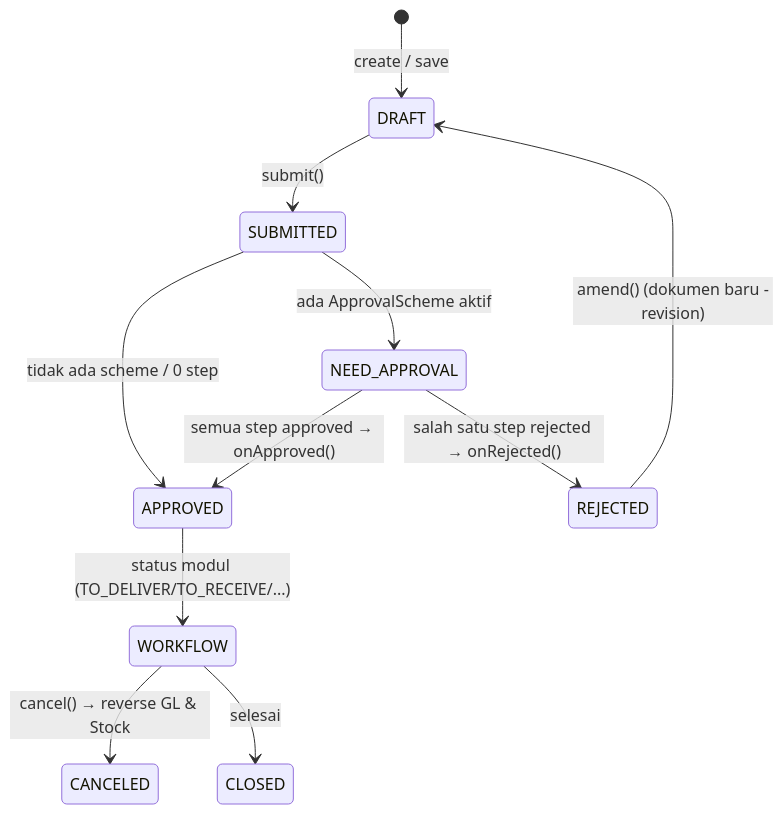
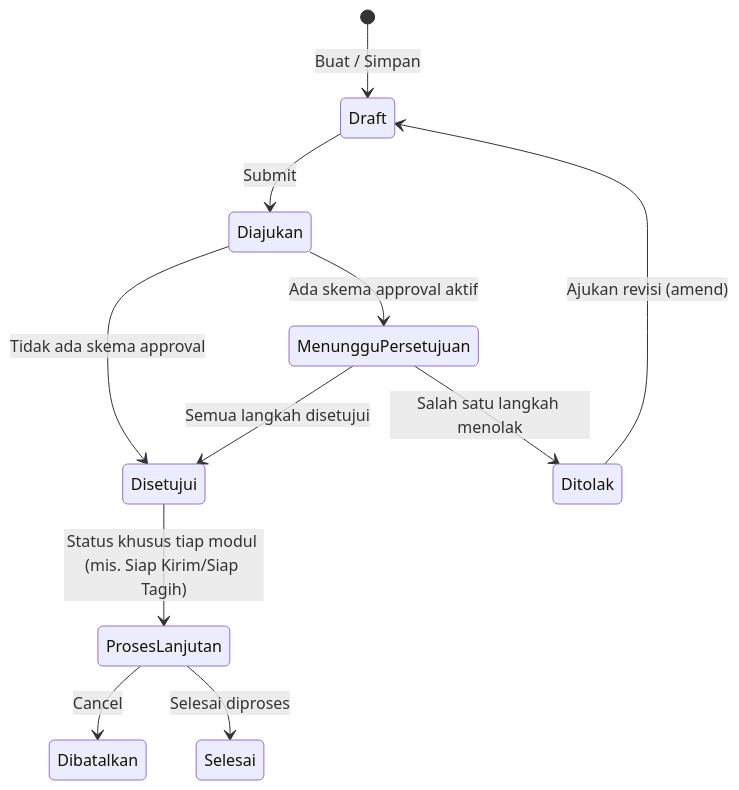
Before and after one commit to RimbunCode/erp_pataya: the second of 3 diagrams in docs/auth.md, drawn with Mermaid. The commit also changed other lines of this file and 14 other files, not shown here.

````diff
--- a/docs/auth.md
+++ b/docs/auth.md
@@ -222,13 +168,13 @@
 ```mermaid
 stateDiagram-v2
-    [*] --> DRAFT: create / save
-    DRAFT --> SUBMITTED: submit()
-    SUBMITTED --> NEED_APPROVAL: ada ApprovalScheme aktif
-    SUBMITTED --> APPROVED: tidak ada scheme / 0 step
-    NEED_APPROVAL --> APPROVED: semua step approved → onApproved()
-    NEED_APPROVAL --> REJECTED: salah satu step rejected → onRejected()
-    REJECTED --> DRAFT: amend() (dokumen baru -revision)
-    APPROVED --> WORKFLOW: status modul (TO_DELIVER/TO_RECEIVE/...)
-    WORKFLOW --> CANCELED: cancel() → reverse GL & Stock
-    WORKFLOW --> CLOSED: selesai
+    [*] --> Draft: Buat / Simpan
+    Draft --> Diajukan: Submit
+    Diajukan --> MenungguPersetujuan: Ada skema approval aktif
+    Diajukan --> Disetujui: Tidak ada skema approval
+    MenungguPersetujuan --> Disetujui: Semua langkah disetujui
+    MenungguPersetujuan --> Ditolak: Salah satu langkah menolak
+    Ditolak --> Draft: Ajukan revisi (amend)
+    Disetujui --> ProsesLanjutan: Status khusus tiap modul (mis. Siap Kirim/Siap Tagih)
+    ProsesLanjutan --> Dibatalkan: Cancel
+    ProsesLanjutan --> Selesai: Selesai diproses
 ```
````
